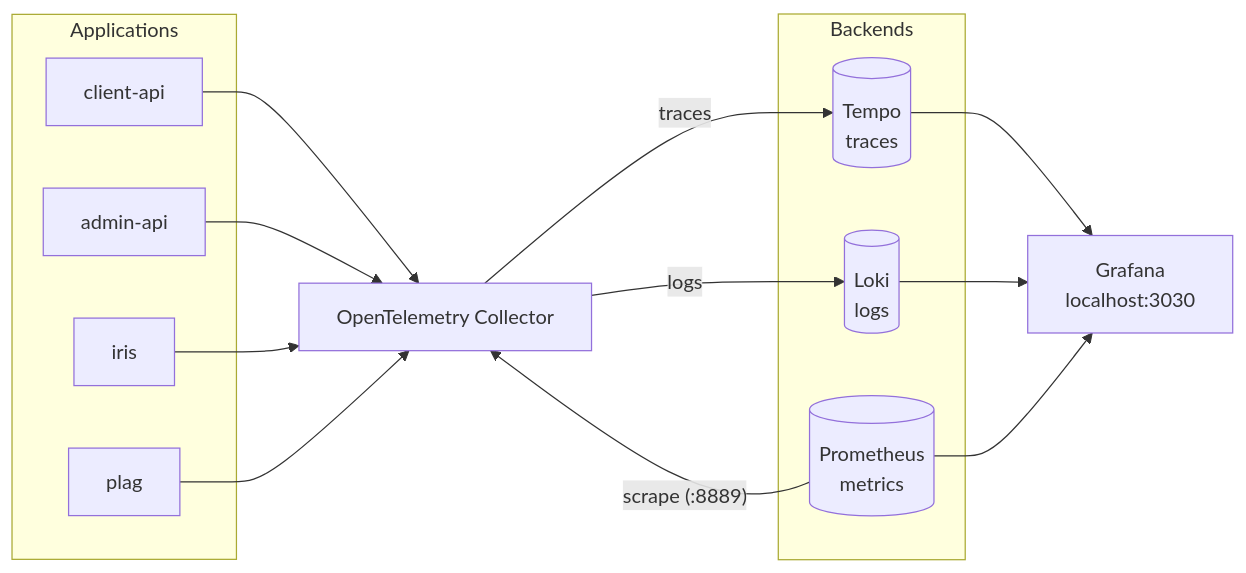
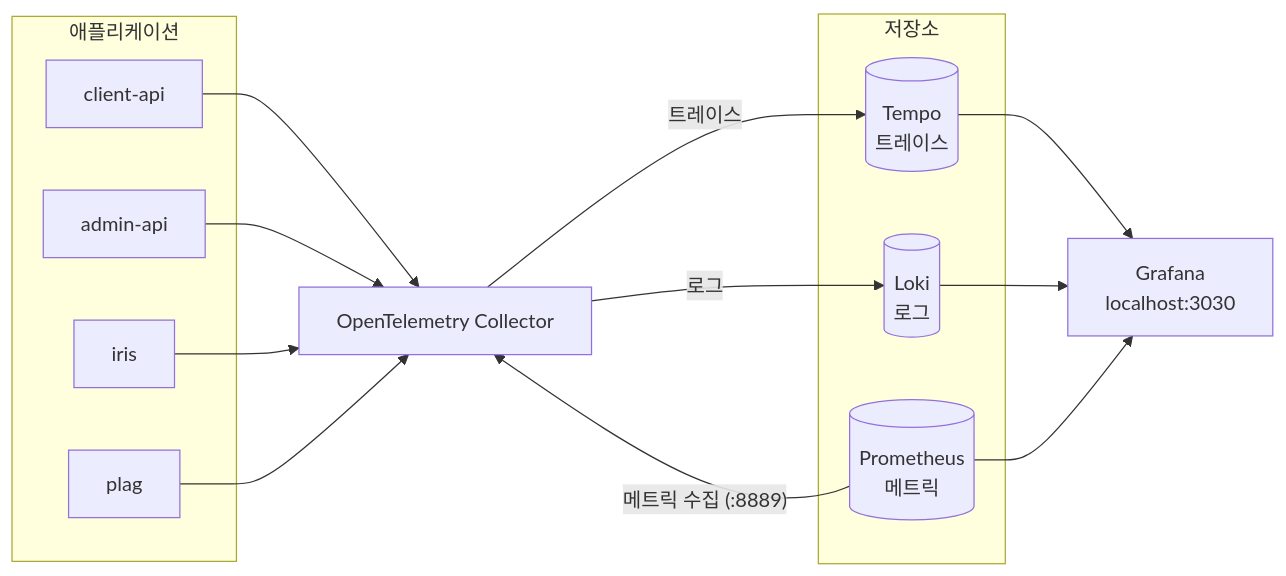
Before and after one commit to skkuding/codedang: the diagram in docker/observability/README.md, drawn with Mermaid. The commit also changed other lines of this file, not shown here.

````diff
--- a/docker/observability/README.md
+++ b/docker/observability/README.md
@@ -12,31 +12,31 @@
 ```mermaid
 flowchart LR
-  subgraph apps[Applications]
+  subgraph apps[애플리케이션]
     client[client-api]
     admin[admin-api]
     iris[iris]
     plag[plag]
   end
 
   collector[OpenTelemetry Collector]
 
-  subgraph backends[Backends]
-    tempo[(Tempo<br/>traces)]
-    loki[(Loki<br/>logs)]
-    prom[(Prometheus<br/>metrics)]
+  subgraph backends[저장소]
+    tempo[(Tempo<br/>트레이스)]
+    loki[(Loki<br/>로그)]
+    prom[(Prometheus<br/>메트릭)]
   end
 
   grafana[Grafana<br/>localhost:3030]
 
   client --> collector
   admin --> collector
   iris --> collector
   plag --> collector
-  collector -- traces --> tempo
-  collector -- logs --> loki
+  collector -- 트레이스 --> tempo
+  collector -- 로그 --> loki
   collector ~~~ prom
-  prom -- "scrape (:8889)" --> collector
+  prom -- "메트릭 수집 (:8889)" --> collector
   tempo --> grafana
   loki --> grafana
   prom --> grafana
 ```
````
